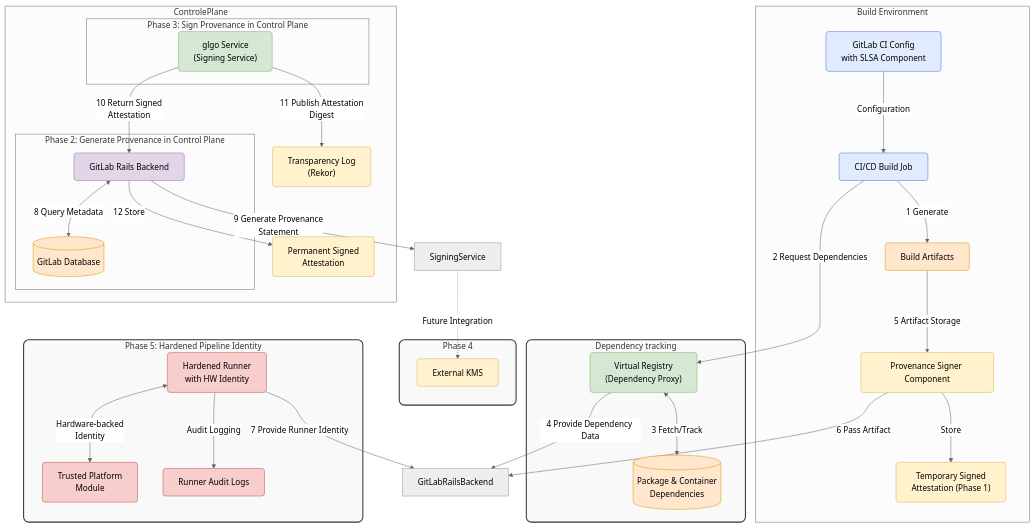
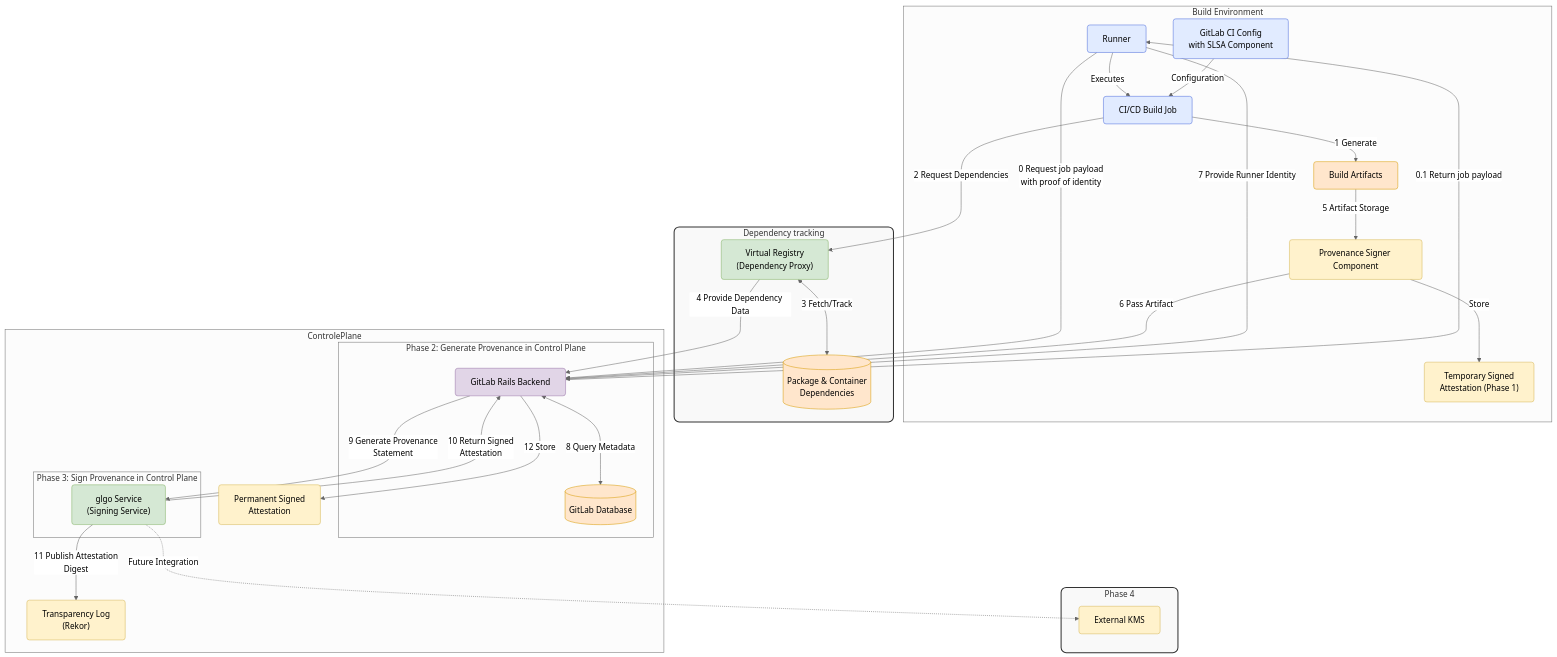
Before and after one commit to zalyoung/gitlab-handbook: the diagram in content/handbook/engineering/architecture/design-documents/slsa_level_3/_index.md, drawn with Mermaid (neutral theme).

````diff
--- a/content/handbook/engineering/architecture/design-documents/slsa_level_3/_index.md
+++ b/content/handbook/engineering/architecture/design-documents/slsa_level_3/_index.md
@@ -75,72 +75,69 @@
 ```mermaid
 flowchart TD
     %% Define styles for improved visual appearance
     classDef phaseStyle fill:#f9f9f9,stroke:#333,stroke-width:2px,rx:10px,ry:10px
     classDef componentStyle fill:#e1ebff,stroke:#4b6bdc,stroke-width:1px,rx:5px,ry:5px
     classDef storageStyle fill:#ffe6cc,stroke:#d79b00,stroke-width:1px,rx:5px,ry:5px
     classDef serviceStyle fill:#d5e8d4,stroke:#82b366,stroke-width:1px,rx:5px,ry:5px
     classDef signatureStyle fill:#fff2cc,stroke:#d6b656,stroke-width:1px,rx:5px,ry:5px
     classDef securityStyle fill:#f8cecc,stroke:#b85450,stroke-width:1px,rx:5px,ry:5px
     classDef controlPlaneStyle fill:#e1d5e7,stroke:#9673a6,stroke-width:1px,rx:5px,ry:5px
     subgraph BuildEnvironment["Build Environment"]
+        Runner["Runner"]
         CIConfig["GitLab CI Config<br>with SLSA Component"]
         BuildJob["CI/CD Build Job"]
         Artifacts["Build Artifacts"]
         ProvenanceSigner["Provenance Signer Component"]
         TempSignedAttestation["Temporary Signed<br>Attestation (Phase 1)"]
     end
     subgraph FutureWork["Dependency tracking"]
         VirtualRegistry["Virtual Registry<br>(Dependency Proxy)"]
         Dependencies[(Package & Container<br>Dependencies)]
     end
     subgraph ControlPlane["ControlePlane"]
         subgraph GenerateProvenanceInControlPlane["Phase 2: Generate Provenance in Control Plane"]
             RailsBackend["GitLab Rails Backend"]
             DB[(GitLab Database)]
         end
         subgraph SignProvenanceInControlPlane["Phase 3: Sign Provenance in Control Plane"]
             GlgoService["glgo Service<br>(Signing Service)"]
         end
         Rekor["Transparency Log<br>(Rekor)"]
         PermanentAttestation["Permanent Signed<br>Attestation"]
     end
     subgraph Phase4["Phase 4"]
         ExternalKMS["External KMS"]
     end
-    subgraph Phase5["Phase 5: Hardened Pipeline Identity"]
-        HardenedRunner["Hardened Runner<br>with HW Identity"]
-        TPM["Trusted Platform<br>Module"]
-        RunnerAudit["Runner Audit Logs"]
-    end
+    
     %% Relationships between components with labeled edges
+    Runner -->|"0 Request job payload<br>with proof of identity"| RailsBackend
+    RailsBackend -->|"0.1 Return job payload"| Runner
+    Runner -->|"Executes"| BuildJob
     CIConfig -->|"Configuration"| BuildJob
     BuildJob -->|"1 Generate"| Artifacts
     BuildJob -->|"2 Request Dependencies"| VirtualRegistry
     VirtualRegistry <-->|"3 Fetch/Track"| Dependencies
     
     %% Phase 1 flow for early implementation
-    VirtualRegistry -->|"4 Provide Dependency Data"| GitLabRailsBackend
+    VirtualRegistry -->|"4 Provide Dependency Data"| RailsBackend
     Artifacts -->|"5 Artifact Storage"| ProvenanceSigner
     ProvenanceSigner -->|"Store"| TempSignedAttestation
-    ProvenanceSigner -->|"6 Pass Artifact"| GitLabRailsBackend
-    HardenedRunner -->|"7 Provide Runner Identity"| GitLabRailsBackend
+    ProvenanceSigner -->|"6 Pass Artifact"| RailsBackend
+    Runner -->|"7 Provide Runner Identity"| RailsBackend
     RailsBackend <-->|"8 Query Metadata"| DB
     
-    RailsBackend -->|"9 Generate Provenance<br>Statement"| SigningService
-    SigningService -.->|"Future Integration"| ExternalKMS
+    RailsBackend -->|"9 Generate Provenance<br>Statement"| GlgoService
+    GlgoService -.->|"Future Integration"| ExternalKMS
     GlgoService -->|"10 Return Signed<br>Attestation"| RailsBackend
     GlgoService -->|"11 Publish Attestation<br>Digest"| Rekor
     RailsBackend -->|"12 Store"| PermanentAttestation
     
-    %% Phase 5 hardening
-    HardenedRunner <-->|"Hardware-backed<br>Identity"| TPM
-    HardenedRunner -->|"Audit Logging"| RunnerAudit
     %% Apply styles
-    class Phase1,Phase2and3,Phase4,Phase5,FutureWork phaseStyle
-    class CIConfig,BuildJob componentStyle
+    class FutureWork phaseStyle
+    class Phase4 phaseStyle
+    class CIConfig,BuildJob,Runner componentStyle
     class Artifacts,DB,Dependencies storageStyle
     class VirtualRegistry,GlgoService serviceStyle
     class ProvenanceSigner,TempSignedAttestation,PermanentAttestation,Rekor,ExternalKMS signatureStyle
-    class HardenedRunner,TPM,RunnerAudit securityStyle
-    class RTCP,SSTCP,RailsBackend controlPlaneStyle
+    class RailsBackend controlPlaneStyle
 ```
````
